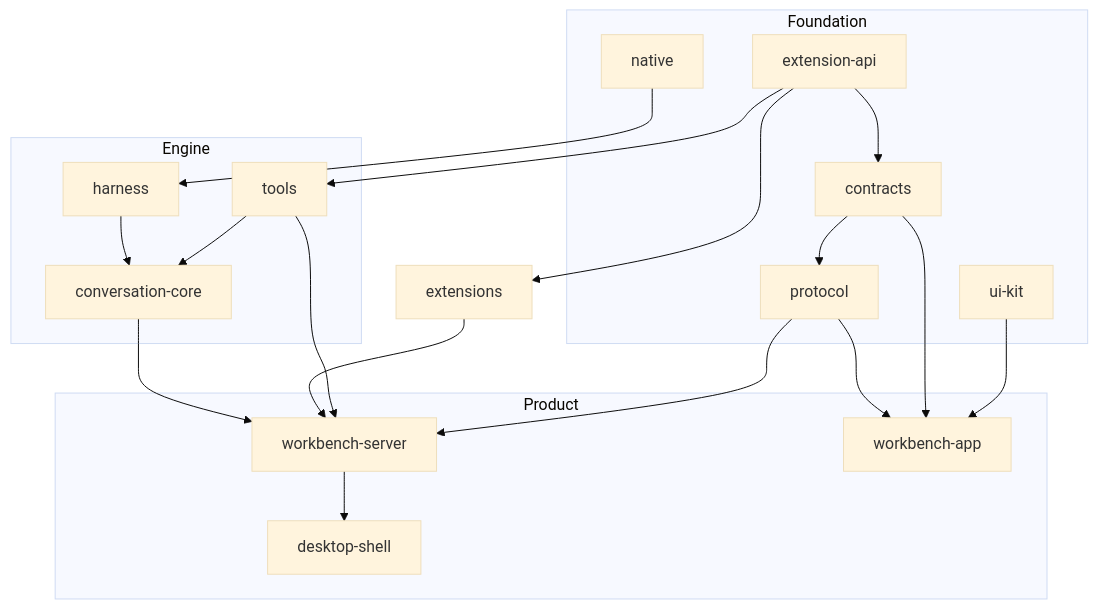
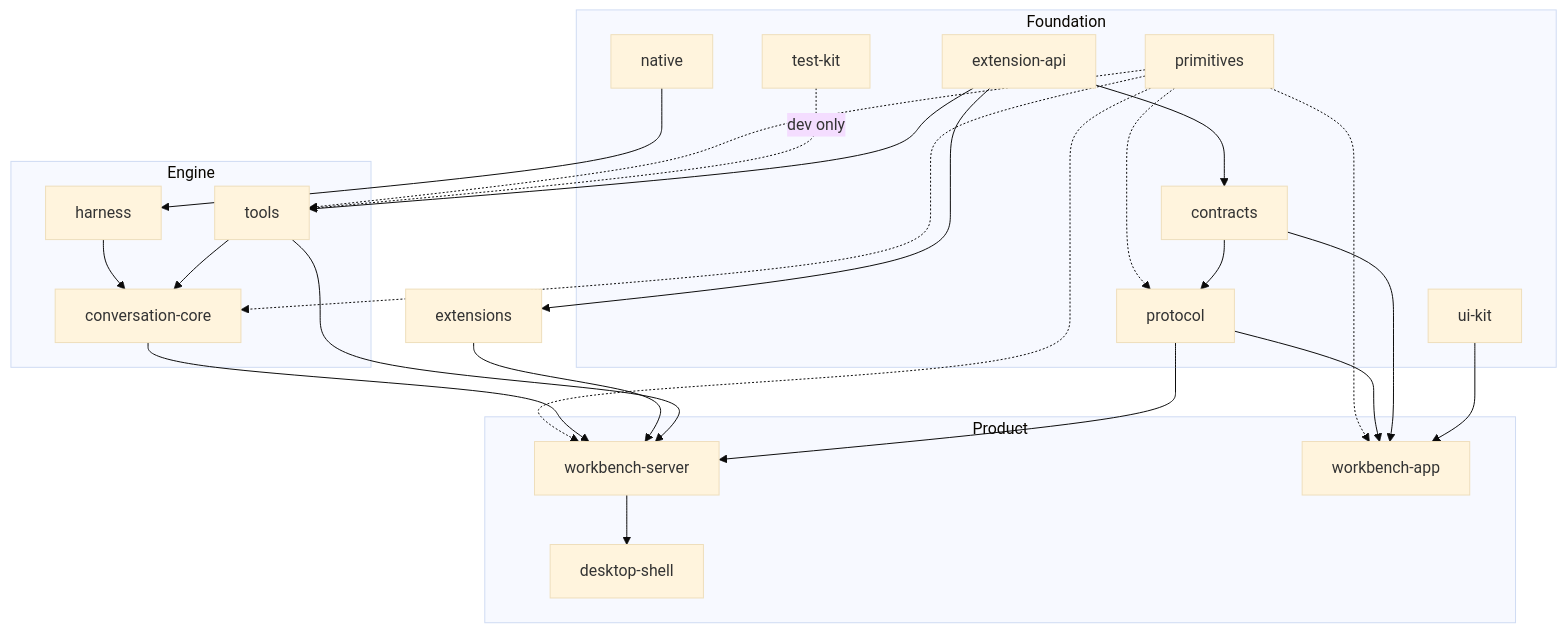
Before and after one commit to ThilinaTLM/nerve: the diagram in docs/architecture/codebase.md, drawn with Mermaid (base theme). The commit also changed other lines of this file and 496 other files, not shown here.

````diff
--- a/docs/architecture/codebase.md
+++ b/docs/architecture/codebase.md
@@ -5,30 +5,38 @@
 ```mermaid
 flowchart TB
   subgraph Foundation
+    primitives
+    test-kit
     extension-api
     contracts
     protocol
     native
     ui-kit
   end
   subgraph Engine
     harness --> conversation-core
     tools --> conversation-core
   end
   subgraph Product
     workbench-server --> desktop-shell
     workbench-app
   end
+  primitives -.-> tools
+  primitives -.-> conversation-core
+  primitives -.-> protocol
+  primitives -.-> workbench-server
+  primitives -.-> workbench-app
+  test-kit -.->|dev only| tools
   extension-api --> contracts
   extension-api --> tools
   extension-api --> extensions
   contracts --> protocol
   native --> harness
   conversation-core --> workbench-server
   extensions --> workbench-server
   tools --> workbench-server
   protocol --> workbench-server
   protocol --> workbench-app
   contracts --> workbench-app
   ui-kit --> workbench-app
 ```
````
